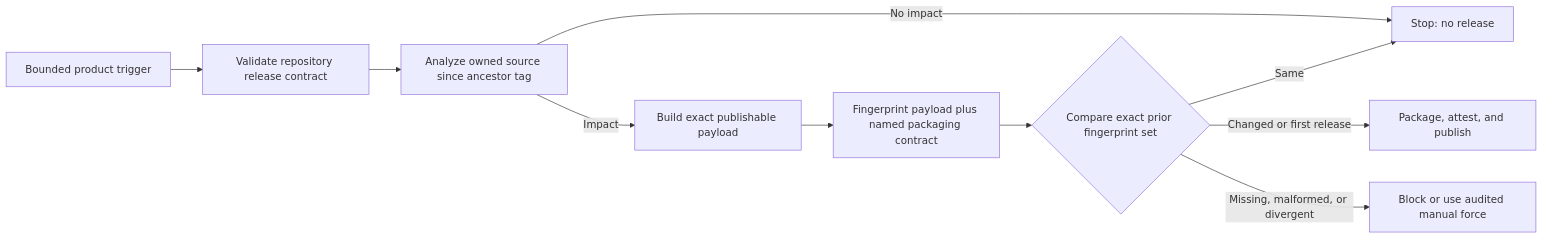
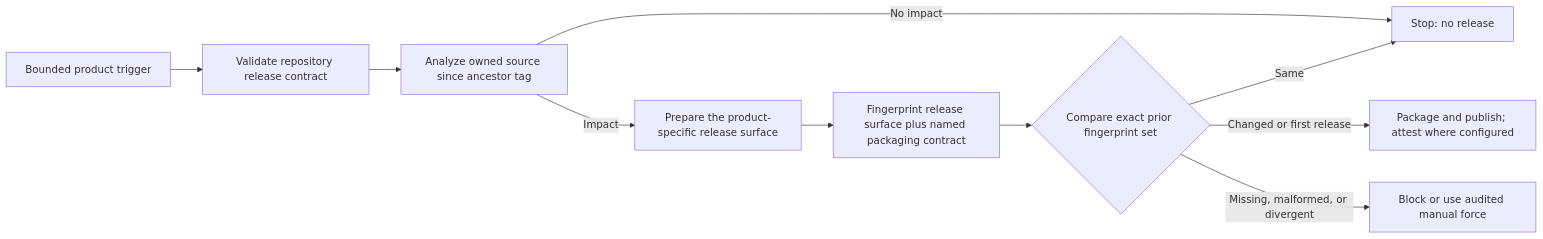
Before and after one commit to supermarsx/standard-red-notes: the first of 3 diagrams in docs/releases-and-upgrades.md, drawn with Mermaid. The commit also changed other lines of this file and 5 other files, not shown here.

````diff
--- a/docs/releases-and-upgrades.md
+++ b/docs/releases-and-upgrades.md
@@ -134,12 +149,12 @@
 ```mermaid
 flowchart LR
   E[Bounded product trigger] --> V[Validate repository release contract]
   V --> A[Analyze owned source since ancestor tag]
   A -- No impact --> X[Stop: no release]
-  A -- Impact --> B[Build exact publishable payload]
-  B --> F[Fingerprint payload plus named packaging contract]
+  A -- Impact --> B[Prepare the product-specific release surface]
+  B --> F[Fingerprint release surface plus named packaging contract]
   F --> C{Compare exact prior fingerprint set}
   C -- Same --> X
-  C -- Changed or first release --> P[Package, attest, and publish]
+  C -- Changed or first release --> P[Package and publish; attest where configured]
   C -- Missing, malformed, or divergent --> Q[Block or use audited manual force]
 ```
````
